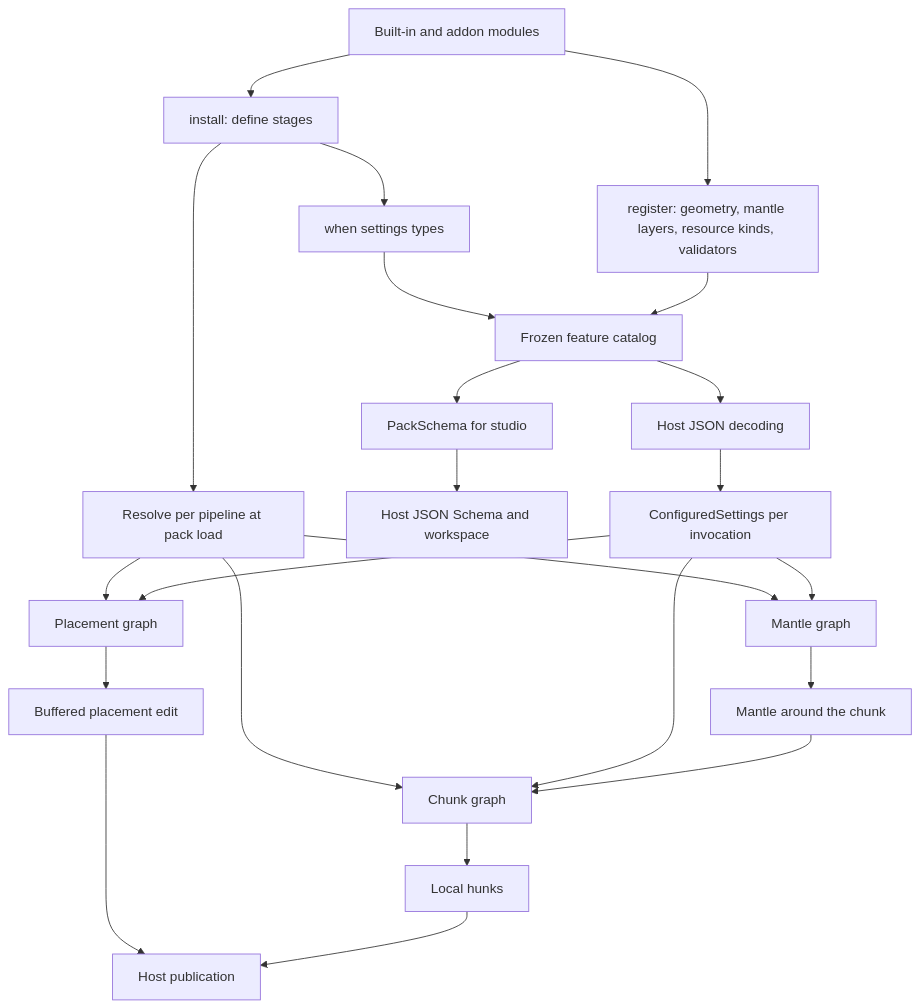
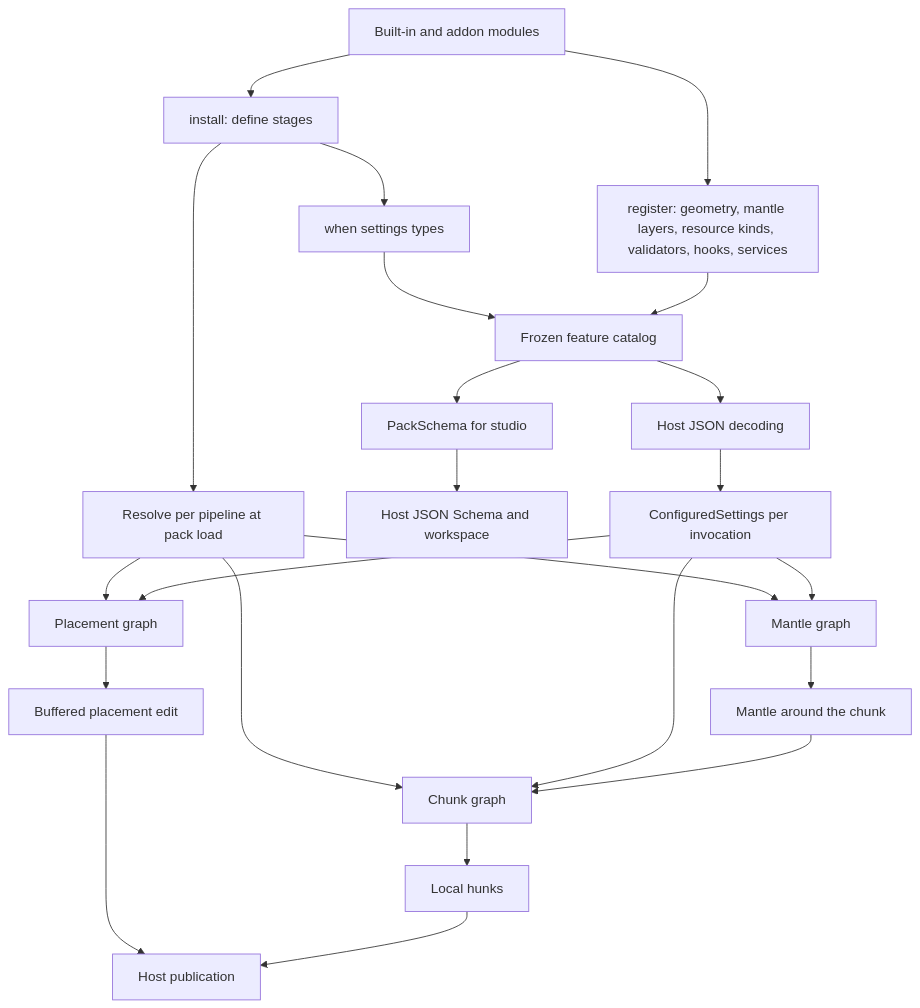
Before and after one commit to VolmitSoftware/Iris: the diagram in DESIGN.md, drawn with Mermaid. The commit also changed other lines of this file and 28 other files, not shown here.

Commit message:
Give modules per-world state, lifecycle hooks and services: PackWorld with its state store, InvocationContext.world(), ModuleLifecycle, @Service with Providers ALL, FIRST and ONE, ObjectsAt and StructureLocator, and the host's WorldStates, LifecycleRunner and catalog lookups

````diff
--- a/DESIGN.md
+++ b/DESIGN.md
@@ -16,25 +16,25 @@
 ```mermaid
 flowchart TD
     Modules[Built-in and addon modules] --> Install[install: define stages]
-    Modules --> Register[register: geometry, mantle layers, resource kinds, validators]
+    Modules --> Register[register: geometry, mantle layers, resource kinds, validators, hooks, services]
     Install --> Resolve[Resolve per pipeline at pack load]
     Install --> Settings[when settings types]
     Settings --> Catalog[Frozen feature catalog]
     Register --> Catalog
     Resolve --> Placement[Placement graph]
     Resolve --> MantleGraph[Mantle graph]
     Resolve --> Chunk[Chunk graph]
     Catalog --> Schema[PackSchema for studio]
     Schema --> Render[Host JSON Schema and workspace]
     Catalog --> Decode[Host JSON decoding]
     Decode --> Configured[ConfiguredSettings per invocation]
     Configured --> Placement
     Configured --> MantleGraph
     Configured --> Chunk
     Placement --> Edit[Buffered placement edit]
     MantleGraph --> MantleData[Mantle around the chunk]
     MantleData --> Chunk
     Chunk --> Hunk[Local hunks]
     Edit --> Publish[Host publication]
     Hunk --> Publish
 ```
````
